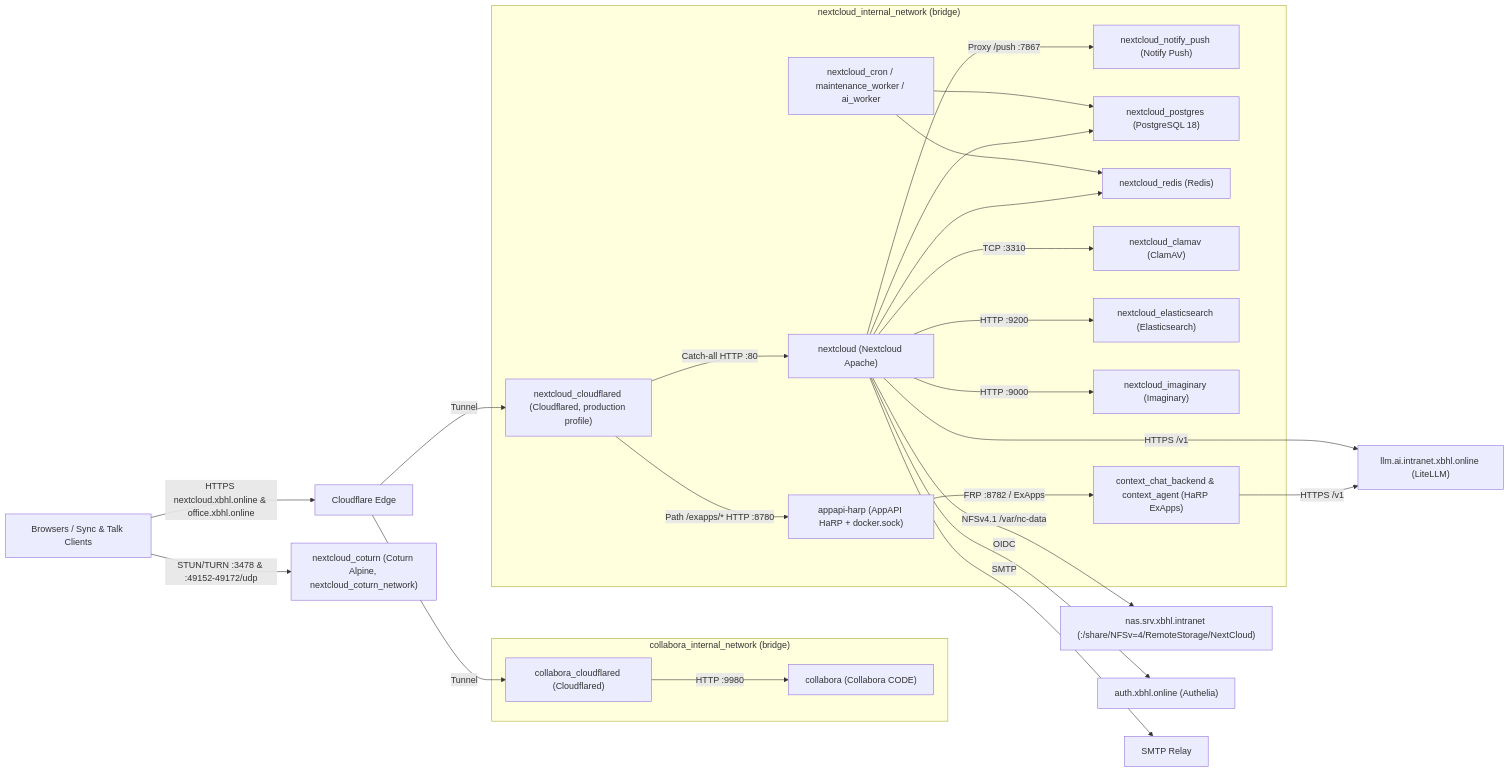
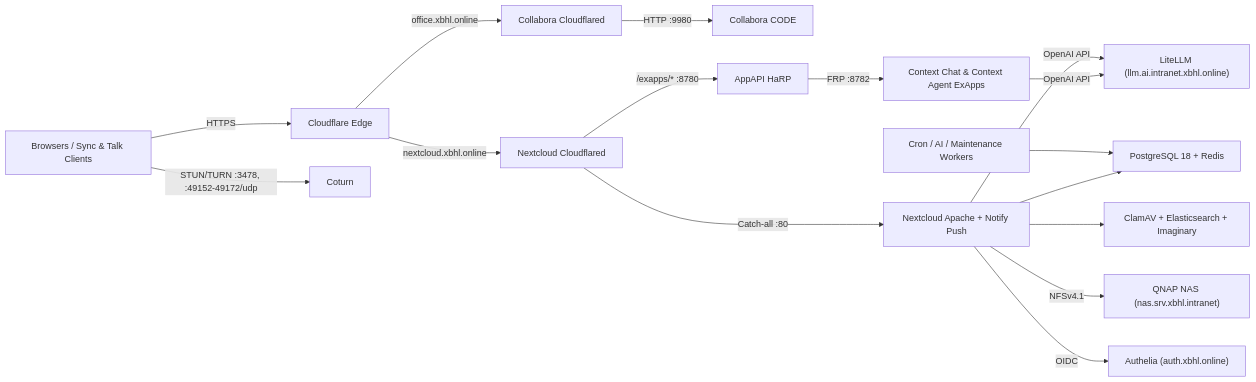
The diagram in README.md (lbarczynski-home-lab/nextcloud), drawn with Mermaid before and after one commit. The commit also changed other lines of this file, not shown here.

Commit message:
docs(nextcloud): slim README to focus on architecture, decisions, and occ runbook

````diff
--- a/README.md
+++ b/README.md
@@ -21,32 +19,18 @@
 ```mermaid
 flowchart LR
-    Users["Browsers / Sync & Talk Clients"] -->|"HTTPS nextcloud.xbhl.online & office.xbhl.online"| CF["Cloudflare Edge"]
-    Users -->|"STUN/TURN :3478 & :49152-49172/udp"| Coturn["nextcloud_coturn (Coturn Alpine, nextcloud_coturn_network)"]
-
-    CF -->|Tunnel| NCFD["nextcloud_cloudflared (Cloudflared, production profile)"]
-    CF -->|Tunnel| CCFD["collabora_cloudflared (Cloudflared)"]
-
-    subgraph CollabNet["collabora_internal_network (bridge)"]
-        CCFD -->|"HTTP :9980"| Collab["collabora (Collabora CODE)"]
-    end
-
-    subgraph NCNet["nextcloud_internal_network (bridge)"]
-        NCFD -->|"Path /exapps/* HTTP :8780"| Harp["appapi-harp (AppAPI HaRP + docker.sock)"]
-        NCFD -->|"Catch-all HTTP :80"| NC["nextcloud (Nextcloud Apache)"]
-        NC -->|"Proxy /push :7867"| Push["nextcloud_notify_push (Notify Push)"]
-        Workers["nextcloud_cron / maintenance_worker / ai_worker"] --> PG["nextcloud_postgres (PostgreSQL 18)"]
-        Workers --> Redis["nextcloud_redis (Redis)"]
-        NC --> PG
-        NC --> Redis
-        NC -->|"TCP :3310"| ClamAV["nextcloud_clamav (ClamAV)"]
-        NC -->|"HTTP :9200"| ES["nextcloud_elasticsearch (Elasticsearch)"]
-        NC -->|"HTTP :9000"| Img["nextcloud_imaginary (Imaginary)"]
-        Harp -->|"FRP :8782 / ExApps"| ExApps["context_chat_backend & context_agent (HaRP ExApps)"]
-    end
-
-    NC -->|"NFSv4.1 /var/nc-data"| NAS["nas.srv.xbhl.intranet (:/share/NFSv=4/RemoteStorage/NextCloud)"]
-    NC -->|OIDC| Authelia["auth.xbhl.online (Authelia)"]
-    NC -->|"HTTPS /v1"| LLM["llm.ai.intranet.xbhl.online (LiteLLM)"]
-    ExApps -->|"HTTPS /v1"| LLM
-    NC -->|SMTP| SMTP["SMTP Relay"]
+    Clients["Browsers / Sync & Talk Clients"] -->|"HTTPS"| CF["Cloudflare Edge"]
+    Clients -->|"STUN/TURN :3478, :49152-49172/udp"| Coturn["Coturn"]
+    CF -->|"nextcloud.xbhl.online"| NCFD["Nextcloud Cloudflared"]
+    CF -->|"office.xbhl.online"| CCFD["Collabora Cloudflared"]
+    CCFD -->|"HTTP :9980"| Collab["Collabora CODE"]
+    NCFD -->|"/exapps/* :8780"| Harp["AppAPI HaRP"]
+    Harp -->|"FRP :8782"| ExApps["Context Chat & Context Agent ExApps"]
+    NCFD -->|"Catch-all :80"| NC["Nextcloud Apache + Notify Push"]
+    Workers["Cron / AI / Maintenance Workers"] --> Core["PostgreSQL 18 + Redis"]
+    NC --> Core
+    NC --> Sidecars["ClamAV + Elasticsearch + Imaginary"]
+    NC -->|"NFSv4.1"| NAS["QNAP NAS (nas.srv.xbhl.intranet)"]
+    NC -->|"OIDC"| Authelia["Authelia (auth.xbhl.online)"]
+    NC -->|"OpenAI API"| LLM["LiteLLM (llm.ai.intranet.xbhl.online)"]
+    ExApps -->|"OpenAI API"| LLM
 ```
````
